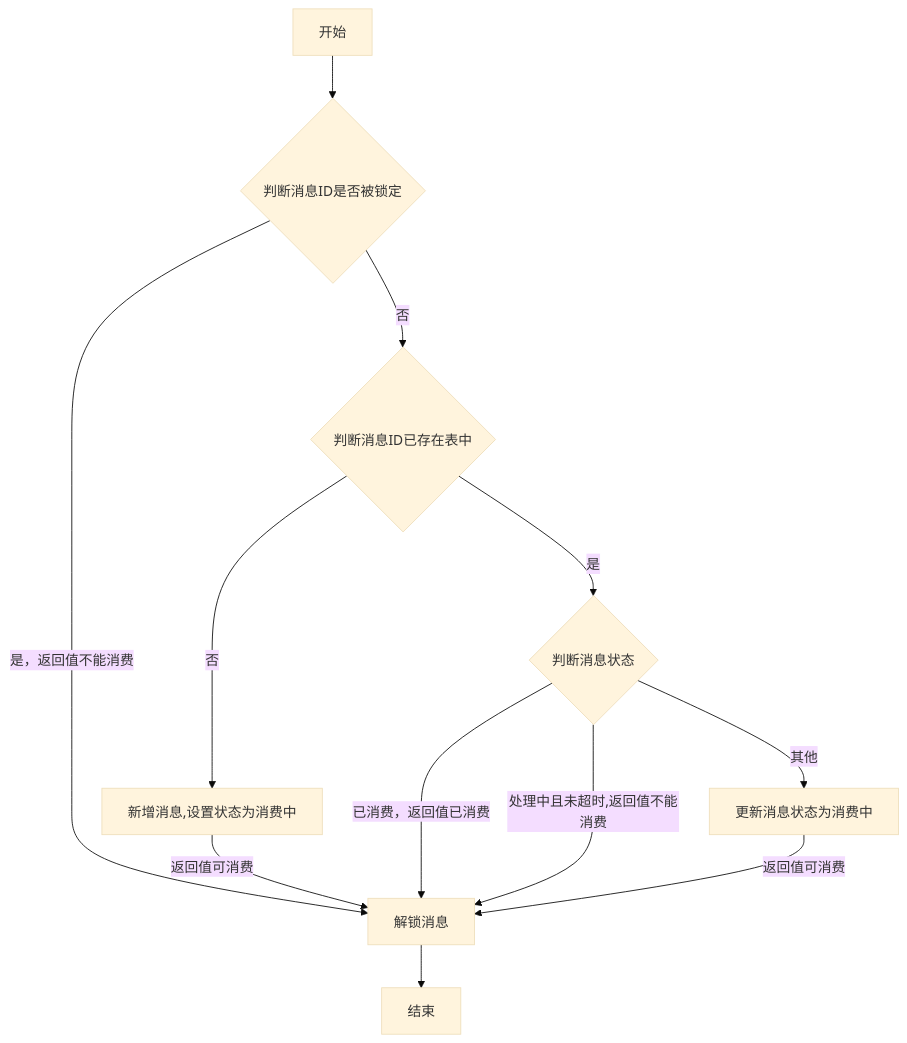
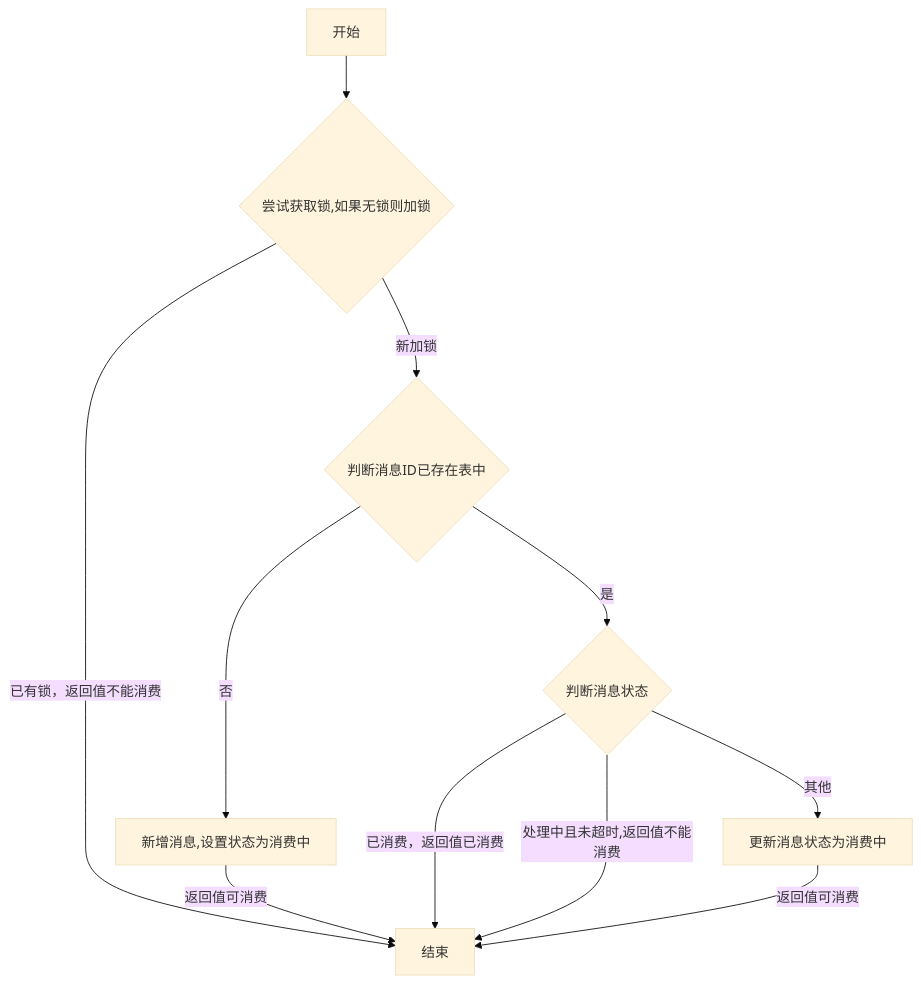
Before and after one commit to zhangzhenliang0123/mq-springboot-reliable: the fourth of 5 diagrams in README.md, drawn with Mermaid (base theme). The commit also changed other lines of this file and 186 other files, not shown here.

````diff
--- a/README.md
+++ b/README.md
@@ -72,15 +81,13 @@
 ```mermaid
 graph TD
-    A[开始] --> B{判断消息ID是否被锁定}
-    B -->|是，返回值不能消费| D[解锁消息]
-    B -->|否| C{判断消息ID已存在表中}
+    A[开始] --> B{尝试获取锁,如果无锁则加锁}
+    B -->|已有锁，返回值不能消费| H[结束]
+    B -->|新加锁| C{判断消息ID已存在表中}
     C -->|否| E[新增消息,设置状态为消费中]
-    E -->|返回值可消费| D[解锁消息]
+    E -->|返回值可消费| H[结束]
     C -->|是| F{判断消息状态}
-    F -->|已消费，返回值已消费| D[解锁消息]
-    F -->|处理中且未超时,返回值不能消费| D[解锁消息]
+    F -->|已消费，返回值已消费| H[结束]
+    F -->|处理中且未超时,返回值不能消费| H[结束]
     F -->|其他| G[更新消息状态为消费中]
-    G -->|返回值可消费| D[解锁消息]
-    D -->H[结束]
-    
+    G -->|返回值可消费| H[结束]
 ```
````
